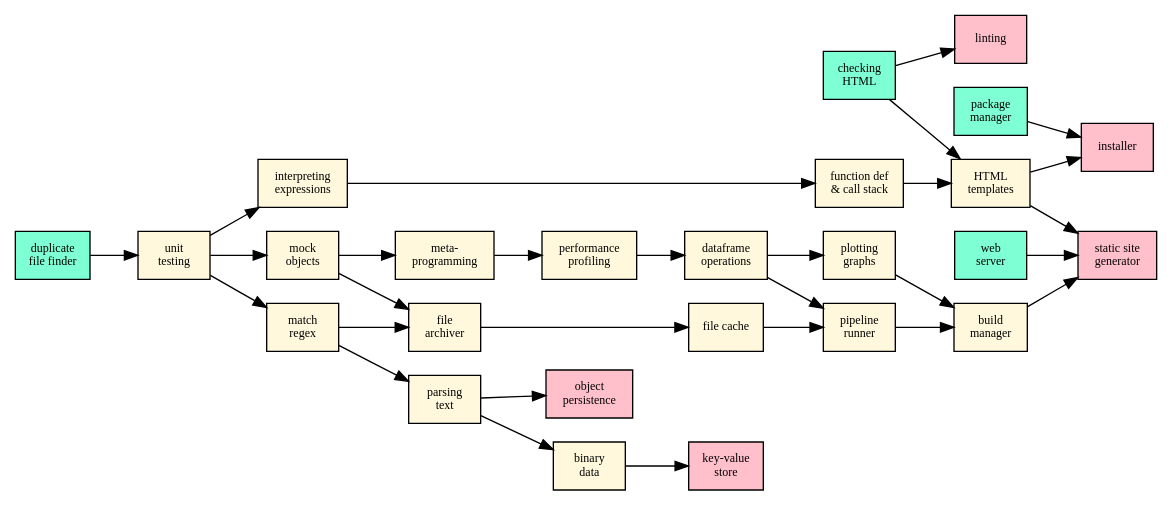
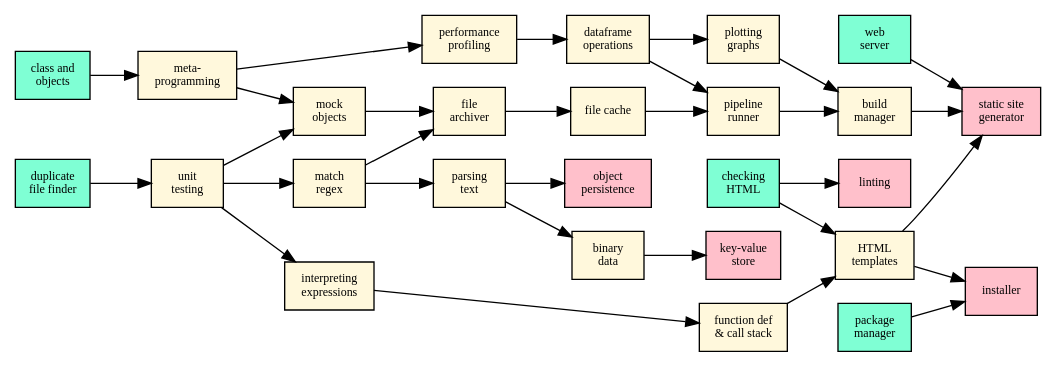
One commit to gvwilson/sdxpy changed the diagram in src/intro/syllabus.dot. Above: the diagram before and after it, drawn with Graphviz. The commit also changed 49 other files, not shown here.

```diff
--- a/src/intro/syllabus.dot
+++ b/src/intro/syllabus.dot
@@ -1,62 +1,63 @@
 digraph syllabus {
   node [fontname = Verdana, fontsize = 9, shape = box, style = filled];
   rankdir = RL;
   edge [dir = "back"];
 
   archive [label = "file\narchiver", fillcolor = cornsilk];
   binary [label = "binary\ndata", fillcolor = cornsilk];
   build [label = "build\nmanager", fillcolor = cornsilk];
   cache [label = "file cache", fillcolor = cornsilk];
   check [label = "checking\nHTML", fillcolor = aquamarine];
   db [label = "key-value\nstore", fillcolor = pink];
   df [label = "dataframe\noperations", fillcolor = cornsilk];
   dup [label = "duplicate\nfile finder", fillcolor = aquamarine];
   func [label = "function def\n& call stack", fillcolor = cornsilk];
   install [label = "installer", fillcolor = pink];
   interp [label = "interpreting\nexpressions", fillcolor = cornsilk];
   lint [label = "linting", fillcolor = pink];
   meta [label = "meta-\nprogramming", fillcolor = cornsilk];
   mock [label = "mock\nobjects", fillcolor = cornsilk];
+  oop [label = "class and\nobjects", fillcolor = aquamarine];
   pack [label = "package\nmanager", fillcolor = aquamarine];
   parse [label = "parsing\ntext", fillcolor = cornsilk];
   perf [label = "performance\nprofiling", fillcolor = cornsilk];
   persist [label = "object\npersistence", fillcolor = pink];
   pipe [label = "pipeline\nrunner", fillcolor = cornsilk];
   plot [label = "plotting\ngraphs", fillcolor = cornsilk];
   re [label = "match\nregex", fillcolor = cornsilk];
   server [label = "web\nserver", fillcolor = aquamarine];
   ssg [label = "static site\ngenerator", fillcolor = pink];
   template [label = "HTML\ntemplates", fillcolor = cornsilk];
   test [label = "unit\ntesting", fillcolor = cornsilk];
 
   archive -> {mock, re};
   binary -> {parse};
   build -> {pipe, plot};
   cache -> {archive};
   db -> {binary};
   df -> {perf};
   func -> {interp};
   install -> {template, pack};
   interp -> {test};
   lint -> {check};
-  meta -> {mock};
-  mock -> {test};
+  meta -> {oop};
+  mock -> {meta, test};
   parse -> {re};
   perf -> {meta};
   persist -> {parse};
   pipe -> {cache, df};
   plot -> {df};
   re -> {test};
   ssg -> {build, server, template}
   template -> {check, func};
   test -> {dup};
 
   /*
   subgraph cluster_legend {
     source [label = "source", fillcolor = aquamarine];
     flow [label = "flow", fillcolor = cornsilk];
     sink [label = "sink", fillcolor = pink];
     sink -> flow -> source;
   }
   */
 }
```
